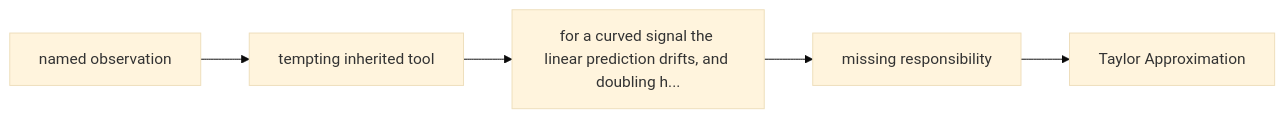
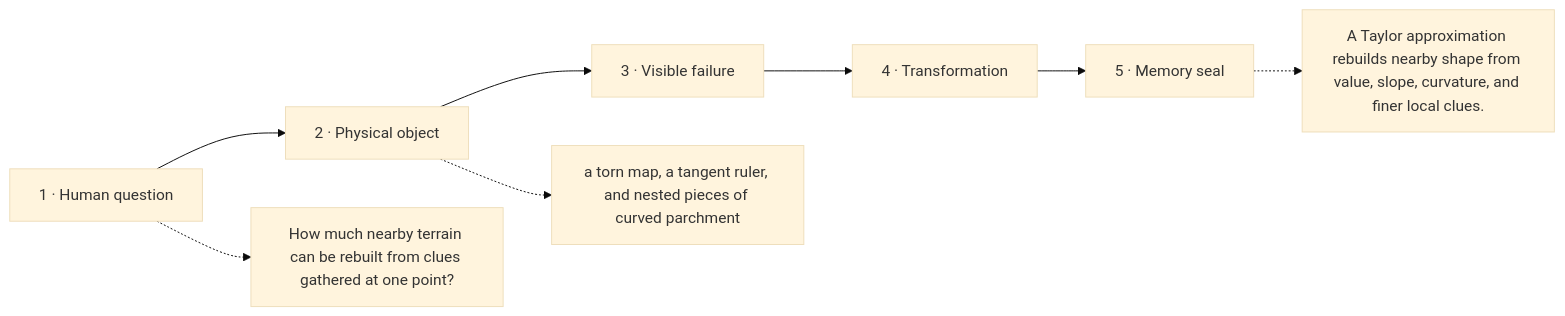
Before and after one commit to kleem-labs/AI-Archaeology: the diagram in excavations/213-taylor-approximation/diagram.md, drawn with Mermaid (base theme). The commit also changed other lines of this file and 117 other files, not shown here.

````diff
--- a/excavations/213-taylor-approximation/diagram.md
+++ b/excavations/213-taylor-approximation/diagram.md
@@ -3,7 +5,10 @@
 ```mermaid
 flowchart LR
-  O["named observation"] --> A["tempting inherited tool"]
-  A --> F["for a curved signal the linear prediction drifts, and doubling h..."]
-  F --> R["missing responsibility"]
-  R --> D["Taylor Approximation"]
+  Q["1 · Human question"] --> O["2 · Physical object"]
+  O --> F["3 · Visible failure"]
+  F --> T["4 · Transformation"]
+  T --> S["5 · Memory seal"]
+  Q -.-> QD["How much nearby terrain can be rebuilt from clues gathered at one point?"]
+  O -.-> OD["a torn map, a tangent ruler, and nested pieces of curved parchment"]
+  S -.-> SD["A Taylor approximation rebuilds nearby shape from value, slope, curvature, and finer local clues."]
 ```
````
